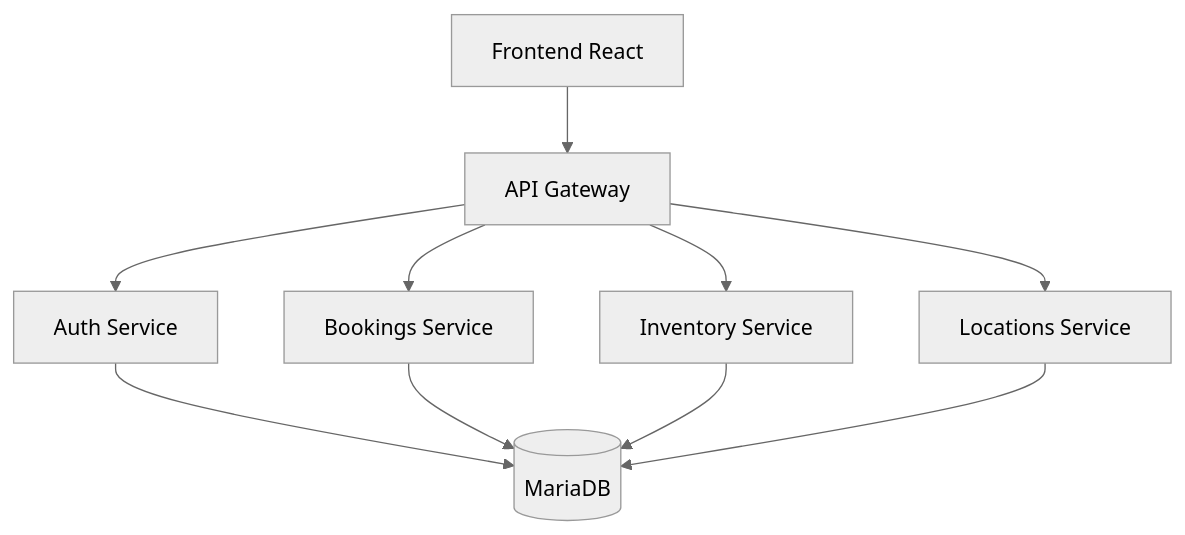
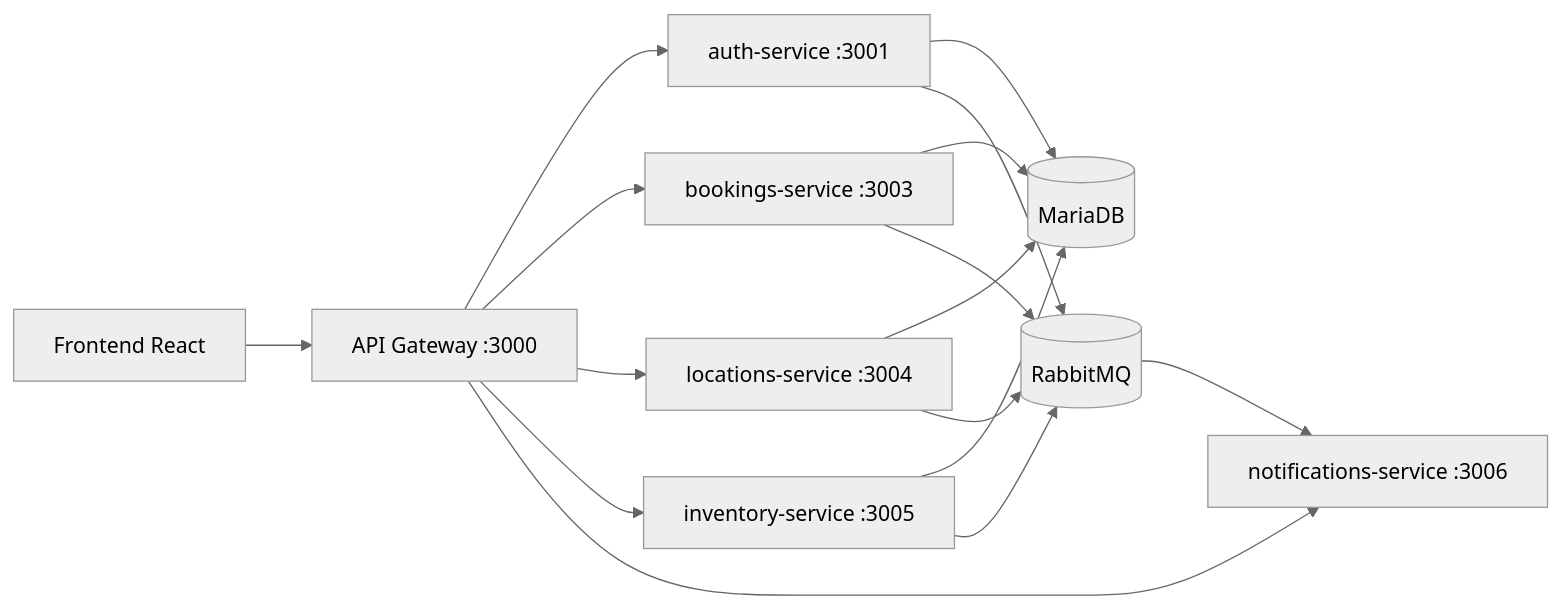
Before and after one commit to Sherman97/reservasSofka: the diagram in README.local.md, drawn with Mermaid (neutral theme). The commit also changed other lines of this file and 4 other files, not shown here.

````diff
--- a/README.local.md
+++ b/README.local.md
@@ -13,12 +16,20 @@
 ```mermaid
-graph TD
-    Client[Frontend React] --> GW[API Gateway]
-    GW --> Auth[Auth Service]
-    GW --> Bookings[Bookings Service]
-    GW --> Inv[Inventory Service]
-    GW --> Loc[Locations Service]
-    Auth --> DB[(MariaDB)]
-    Bookings --> DB
-    Inv --> DB
-    Loc --> DB
+flowchart LR
+    FE[Frontend React] --> GW[API Gateway :3000]
+    GW --> AUTH[auth-service :3001]
+    GW --> BOOK[bookings-service :3003]
+    GW --> LOC[locations-service :3004]
+    GW --> INV[inventory-service :3005]
+    GW --> NOTI[notifications-service :3006]
+
+    AUTH --> DB[(MariaDB)]
+    BOOK --> DB
+    LOC --> DB
+    INV --> DB
+
+    AUTH --> MQ[(RabbitMQ)]
+    BOOK --> MQ
+    LOC --> MQ
+    INV --> MQ
+    MQ --> NOTI
 ```
````
